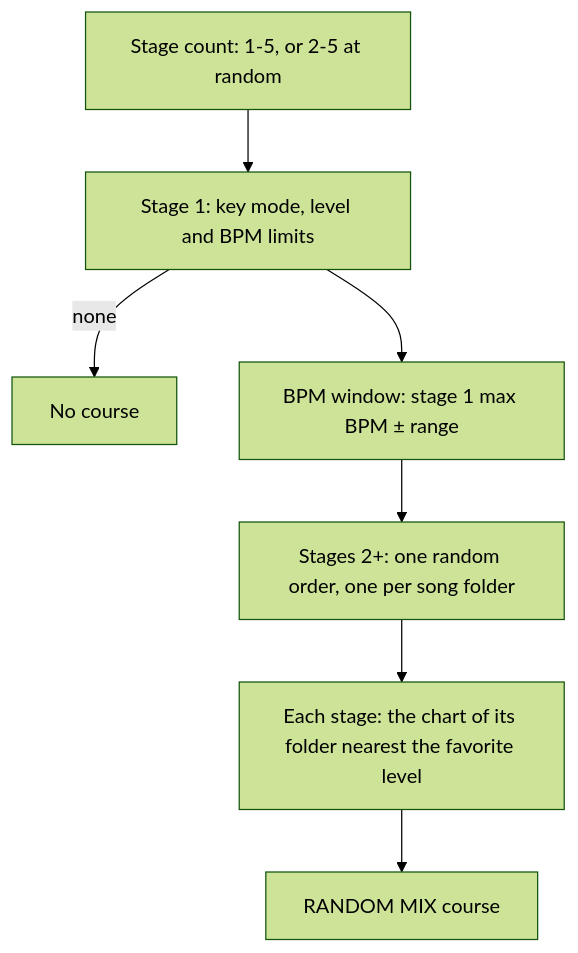
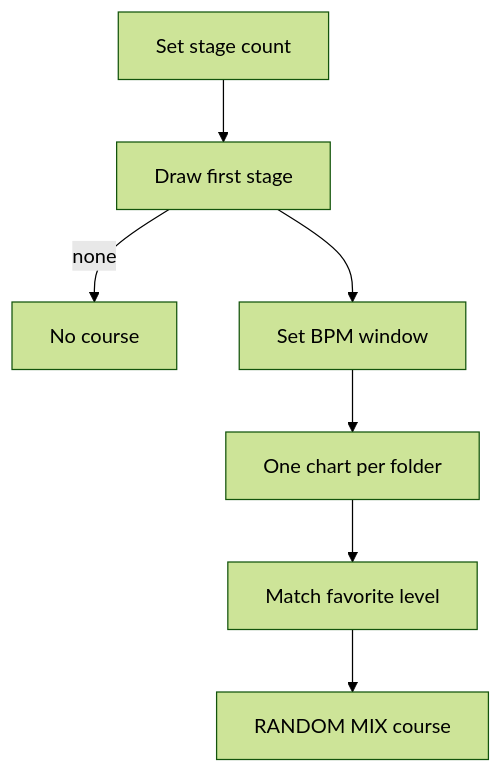
Before and after one commit to nulltask/be-music: the seventh of 12 diagrams in docs/course.md, drawn with Mermaid (forest theme). The commit also changed other lines of this file and 33 other files, not shown here.

````diff
--- a/docs/course.md
+++ b/docs/course.md
@@ -256,9 +251,9 @@
 ```mermaid
 flowchart TD
-    count[Stage count: 1-5, or 2-5 at random] --> first[Stage 1: key mode, level and BPM limits]
+    count[Set stage count] --> first[Draw first stage]
     first -->|none| fail[No course]
-    first --> window[BPM window: stage 1 max BPM ± range]
-    window --> rest[Stages 2+: one random order, one per song folder]
-    rest --> prefer[Each stage: the chart of its folder nearest the favorite level]
+    first --> window[Set BPM window]
+    window --> rest[One chart per folder]
+    rest --> prefer[Match favorite level]
     prefer --> course[RANDOM MIX course]
 ```
````
